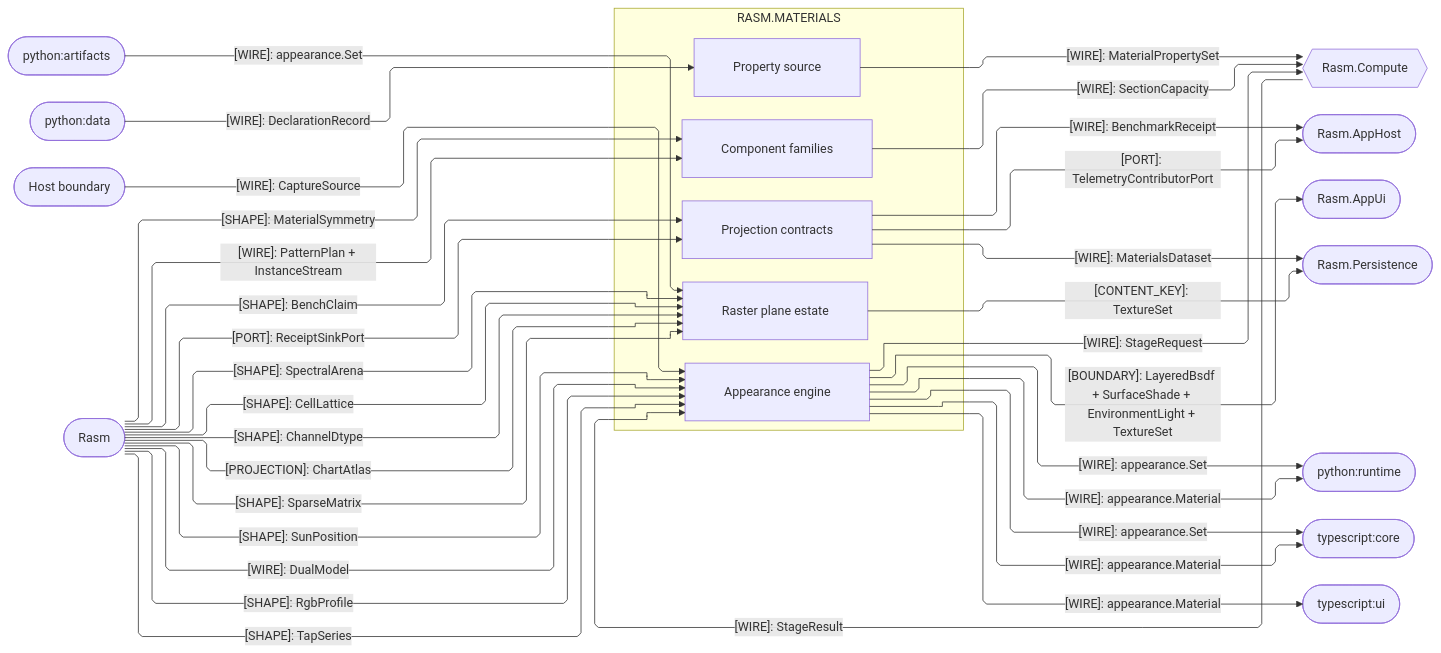
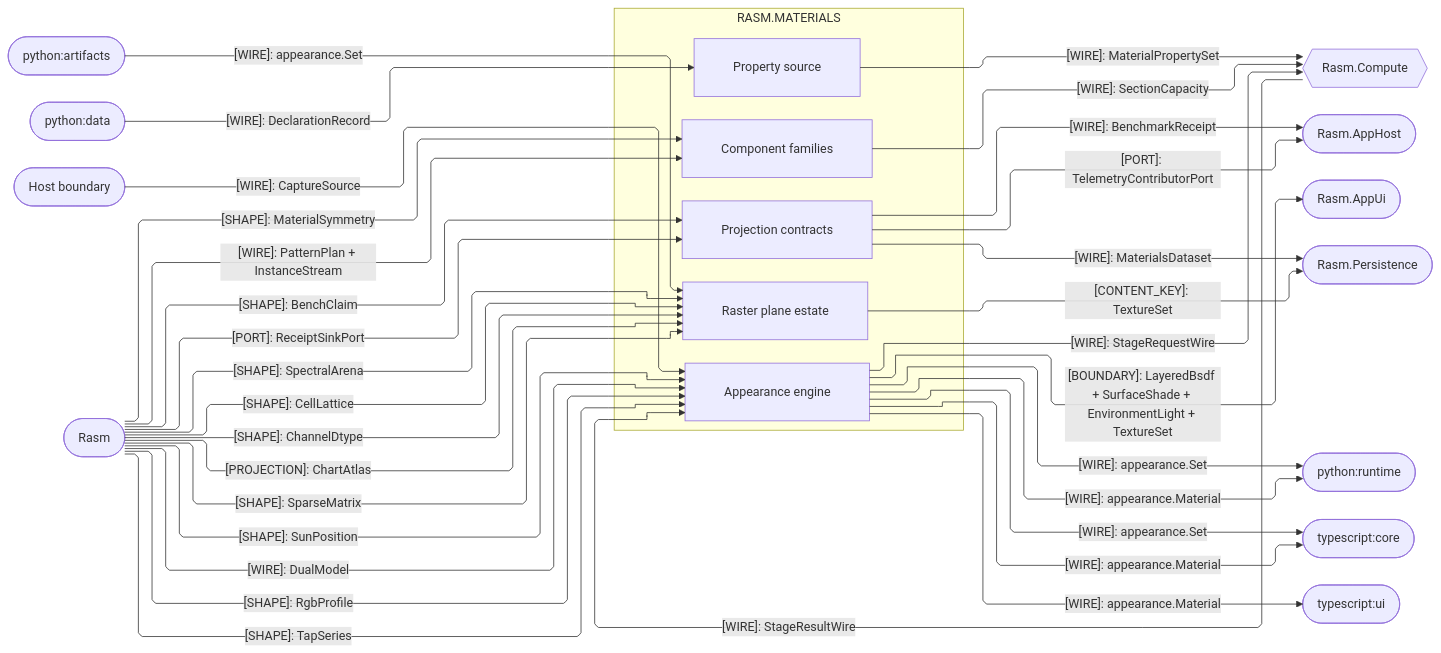
The third of 5 diagrams in libs/dotnet/Rasm.Materials/ARCHITECTURE.md (bsamiee/Rasm), drawn with Mermaid before and after one commit. The commit also changed 167 other files, not shown here.

````diff
--- a/libs/dotnet/Rasm.Materials/ARCHITECTURE.md
+++ b/libs/dotnet/Rasm.Materials/ARCHITECTURE.md
@@ -152,60 +152,60 @@
 ```mermaid
 ---
 config:
   layout: elk
   flowchart:
     curve: linear
     padding: 25
 ---
 flowchart LR
     accTitle: Materials platform, compute, and cross-runtime seams
     accDescr: Which capacity, appearance, telemetry, and analytics contracts cross between Materials and the platform, host, and peer runtimes.
     subgraph materials[RASM.MATERIALS]
         Component[Component families]
         Properties[Property source]
         Appearance[Appearance engine]
         Raster[Raster plane estate]
         Projection[Projection contracts]
     end
     Compute{{Rasm.Compute}}
     AppHost([Rasm.AppHost])
     AppUi([Rasm.AppUi])
     Persistence([Rasm.Persistence])
     PyArtifacts([python:artifacts])
     PyData([python:data])
     PyRuntime([python:runtime])
     Core([typescript:core])
     Ui([typescript:ui])
     Host([Host boundary])
     Rasm([Rasm])
     Rasm e1@-->|"[SHAPE]: SunPosition"| Appearance
     Rasm e2@-->|"[SHAPE]: SpectralArena"| Raster
     Rasm e3@-->|"[SHAPE]: CellLattice"| Raster
     Rasm e4@-->|"[SHAPE]: ChannelDtype"| Raster
     Rasm e5@-->|"[PROJECTION]: ChartAtlas"| Raster
     Rasm e6@-->|"[WIRE]: DualModel"| Appearance
     Rasm e7@-->|"[WIRE]: PatternPlan + InstanceStream"| Component
     Rasm e8@-->|"[SHAPE]: MaterialSymmetry"| Component
     Rasm e9@-->|"[SHAPE]: RgbProfile"| Appearance
     Rasm e10@-->|"[SHAPE]: TapSeries"| Appearance
     Rasm e11@-->|"[SHAPE]: SparseMatrix"| Raster
     Rasm e12@-->|"[PORT]: ReceiptSinkPort"| Projection
     Rasm e13@-->|"[SHAPE]: BenchClaim"| Projection
     Component e14@-->|"[WIRE]: SectionCapacity"| Compute
     Properties e15@-->|"[WIRE]: MaterialPropertySet"| Compute
-    Appearance e16@-->|"[WIRE]: StageRequest"| Compute
-    Compute e17@-->|"[WIRE]: StageResult"| Appearance
+    Appearance e16@-->|"[WIRE]: StageRequestWire"| Compute
+    Compute e17@-->|"[WIRE]: StageResultWire"| Appearance
     Appearance e18@-->|"[BOUNDARY]: LayeredBsdf + SurfaceShade + EnvironmentLight + TextureSet"| AppUi
     Appearance e19@-->|"[WIRE]: appearance.Material"| Core
     Appearance e20@-->|"[WIRE]: appearance.Material"| PyRuntime
     Appearance e21@-->|"[WIRE]: appearance.Set"| Core
     Appearance e22@-->|"[WIRE]: appearance.Set"| PyRuntime
     Appearance e23@-->|"[WIRE]: appearance.Material"| Ui
     PyArtifacts e24@-->|"[WIRE]: appearance.Set"| Raster
     PyData e25@-->|"[WIRE]: DeclarationRecord"| Properties
     Host e26@-->|"[WIRE]: CaptureSource"| Appearance
     Projection e27@-->|"[PORT]: TelemetryContributorPort"| AppHost
     Projection e28@-->|"[WIRE]: BenchmarkReceipt"| AppHost
     Projection e29@-->|"[WIRE]: MaterialsDataset"| Persistence
     Raster e30@-->|"[CONTENT_KEY]: TextureSet"| Persistence
 ```
````
